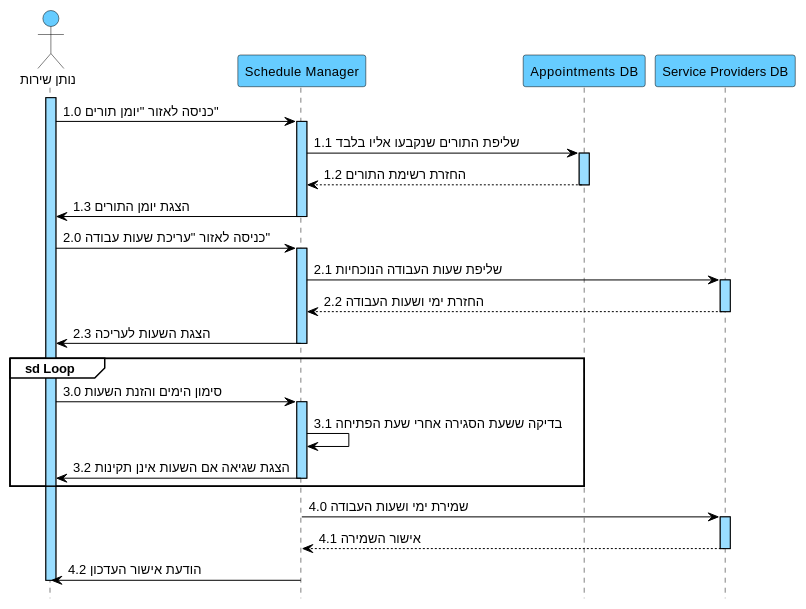
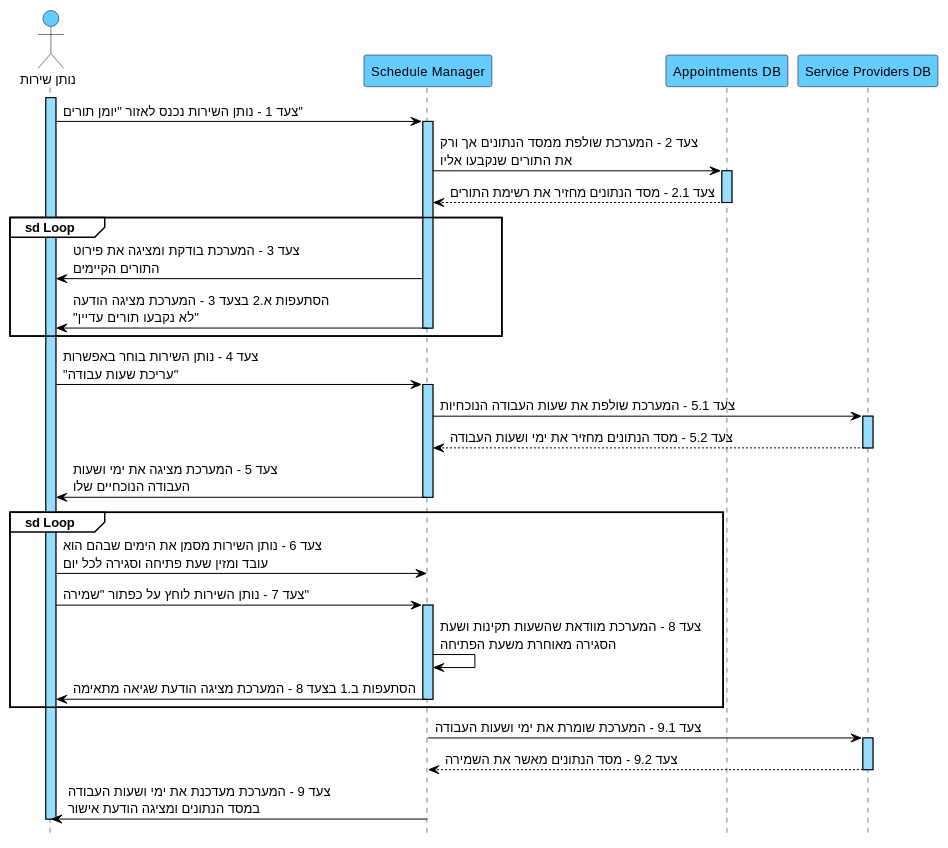
The diagram in docs/diagrams/puml/09-seq-suc09-יומן-ושעות.puml (arielkaplan20/GOLDEN_HAIR_SALOAN), drawn with PlantUML before and after one commit. The commit also changed 26 other files, not shown here.

```diff
--- a/docs/diagrams/puml/09-seq-suc09-יומן-ושעות.puml
+++ b/docs/diagrams/puml/09-seq-suc09-יומן-ושעות.puml
@@ -1,62 +1,67 @@
 @startuml
 hide footbox
 skinparam backgroundColor white
 skinparam defaultFontName Arial
 skinparam defaultFontSize 13
 skinparam sequence {
 ArrowColor black
 ArrowFontColor black
 ActorBorderColor black
 ActorBackgroundColor #66CCFF
 LifeLineBorderColor black
 LifeLineBackgroundColor #99DDFF
 ParticipantBorderColor black
 ParticipantBackgroundColor #66CCFF
 ParticipantFontColor black
 ParticipantFontSize 13
 GroupBorderColor black
 GroupBackgroundColor white
 GroupHeaderFontColor black
 }
 
 actor "נותן שירות" as B
 participant "Schedule Manager" as SCM
 participant "Appointments DB" as ADB
 participant "Service Providers DB" as SDB
 
 activate B
-B -> SCM : 1.0 כניסה לאזור "יומן תורים"
+B -> SCM : צעד 1 - נותן השירות נכנס לאזור "יומן תורים"
 activate SCM
-SCM -> ADB : 1.1 שליפת התורים שנקבעו אליו בלבד
+SCM -> ADB : צעד 2 - המערכת שולפת ממסד הנתונים אך ורק\nאת התורים שנקבעו אליו
 activate ADB
-ADB --> SCM : 1.2 החזרת רשימת התורים
+ADB --> SCM : צעד 2.1 - מסד הנתונים מחזיר את רשימת התורים
 deactivate ADB
-SCM -> B : 1.3 הצגת יומן התורים
+
+group sd Loop
+SCM -> B : צעד 3 - המערכת בודקת ומציגה את פירוט\nהתורים הקיימים
+SCM -> B : הסתעפות א.2 בצעד 3 - המערכת מציגה הודעה\n"לא נקבעו תורים עדיין"
 deactivate SCM
+end
 
-B -> SCM : 2.0 כניסה לאזור "עריכת שעות עבודה"
+B -> SCM : צעד 4 - נותן השירות בוחר באפשרות\n"עריכת שעות עבודה"
 activate SCM
-SCM -> SDB : 2.1 שליפת שעות העבודה הנוכחיות
+SCM -> SDB : צעד 5.1 - המערכת שולפת את שעות העבודה הנוכחיות
 activate SDB
-SDB --> SCM : 2.2 החזרת ימי ושעות העבודה
+SDB --> SCM : צעד 5.2 - מסד הנתונים מחזיר את ימי ושעות העבודה
 deactivate SDB
-SCM -> B : 2.3 הצגת השעות לעריכה
+SCM -> B : צעד 5 - המערכת מציגה את ימי ושעות\nהעבודה הנוכחיים שלו
 deactivate SCM
 
 group sd Loop
-B -> SCM : 3.0 סימון הימים והזנת השעות
+B -> SCM : צעד 6 - נותן השירות מסמן את הימים שבהם הוא\nעובד ומזין שעת פתיחה וסגירה לכל יום
+B -> SCM : צעד 7 - נותן השירות לוחץ על כפתור "שמירה"
 activate SCM
-SCM -> SCM : 3.1 בדיקה ששעת הסגירה אחרי שעת הפתיחה
-SCM -> B : 3.2 הצגת שגיאה אם השעות אינן תקינות
+SCM -> SCM : צעד 8 - המערכת מוודאת שהשעות תקינות ושעת\nהסגירה מאוחרת משעת הפתיחה
+SCM -> B : הסתעפות ב.1 בצעד 8 - המערכת מציגה הודעת שגיאה מתאימה
 deactivate SCM
 end
 
 activate SCM
-SCM -> SDB : 4.0 שמירת ימי ושעות העבודה
+SCM -> SDB : צעד 9.1 - המערכת שומרת את ימי ושעות העבודה
 activate SDB
-SDB --> SCM : 4.1 אישור השמירה
+SDB --> SCM : צעד 9.2 - מסד הנתונים מאשר את השמירה
 deactivate SDB
-SCM -> B : 4.2 הודעת אישור העדכון
+SCM -> B : צעד 9 - המערכת מעדכנת את ימי ושעות העבודה\nבמסד הנתונים ומציגה הודעת אישור
 deactivate SCM
 deactivate B
 @enduml
```
